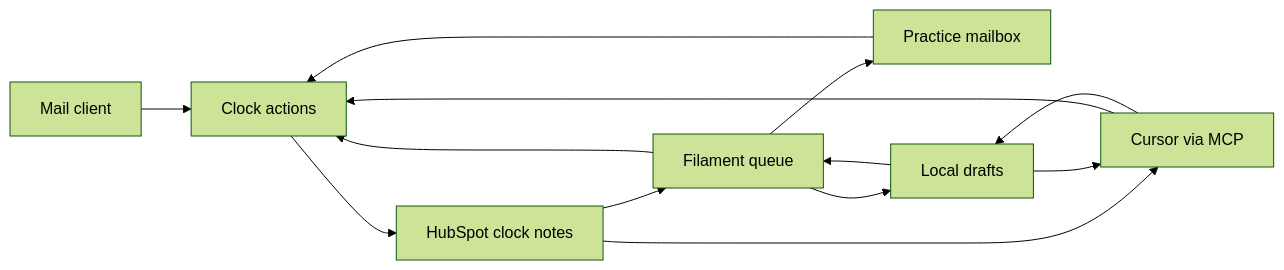
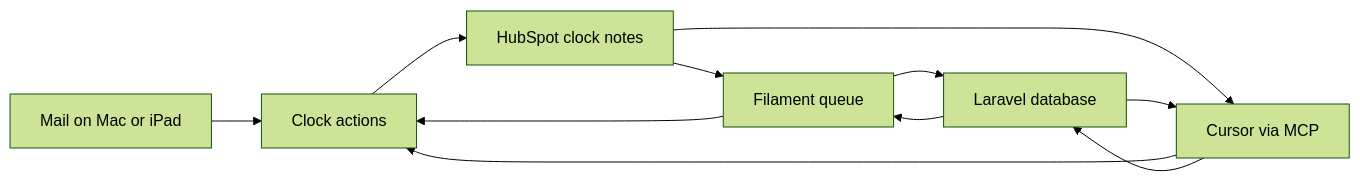
The diagram in docs/plan.md (iammikek/reply-desk), drawn with Mermaid (forest theme) before and after one commit. The commit also changed other lines of this file and 1 other file, not shown here.

Commit message:
Describe the running desk and how to open its MCP tools.

````diff
--- a/docs/plan.md
+++ b/docs/plan.md
@@ -43,22 +43,19 @@
 ```mermaid
 flowchart LR
-  mail[Mail client]
-  mailbox[Practice mailbox]
-  action[Clock actions]
+  mail[Mail on Mac or iPad]
+  actions[Clock actions]
   hubspot[HubSpot clock notes]
-  drafts[Local drafts]
+  db[Laravel database]
   panel[Filament queue]
   mcp[Cursor via MCP]
-  mail --> action
-  mcp --> action
-  mcp --> drafts
-  panel --> mailbox
-  mailbox --> action
-  panel --> action
-  panel --> drafts
-  action --> hubspot
+  mail --> actions
+  panel --> actions
+  mcp --> actions
+  panel --> db
+  mcp --> db
+  actions --> hubspot
   hubspot --> panel
   hubspot --> mcp
-  drafts --> panel
-  drafts --> mcp
+  db --> panel
+  db --> mcp
 ```
````
